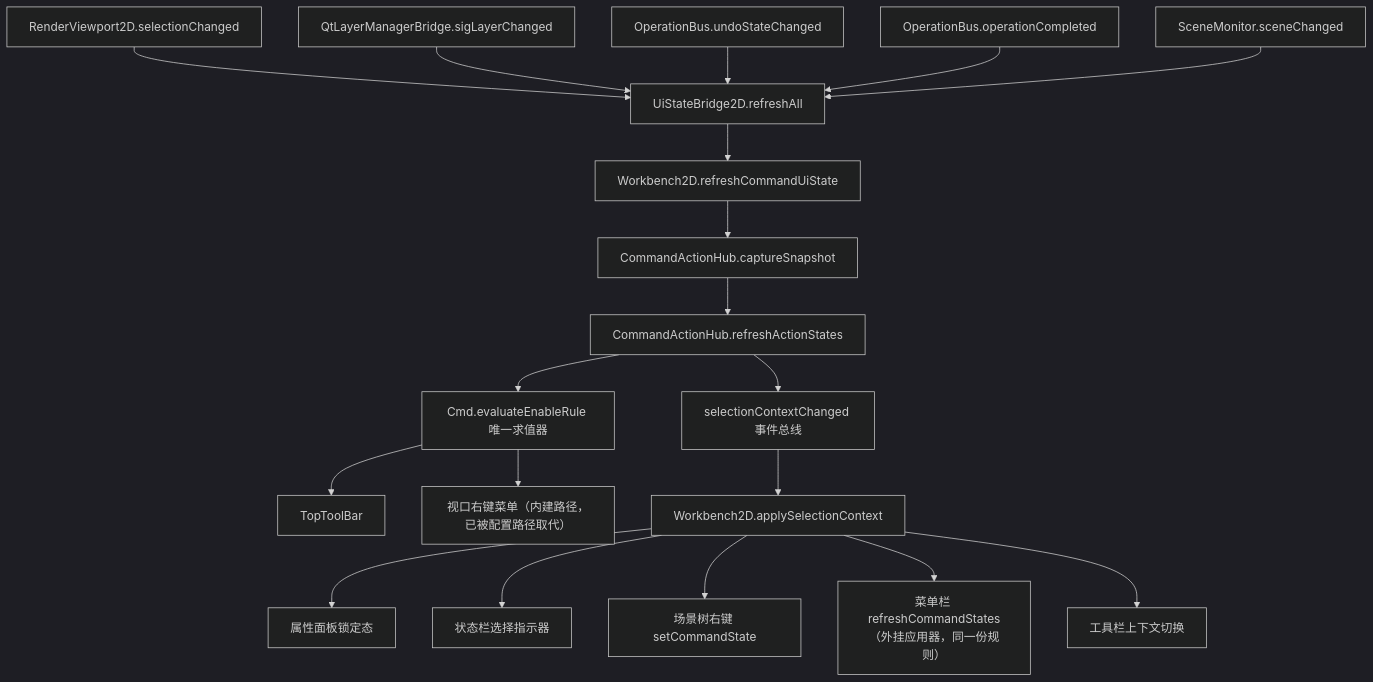
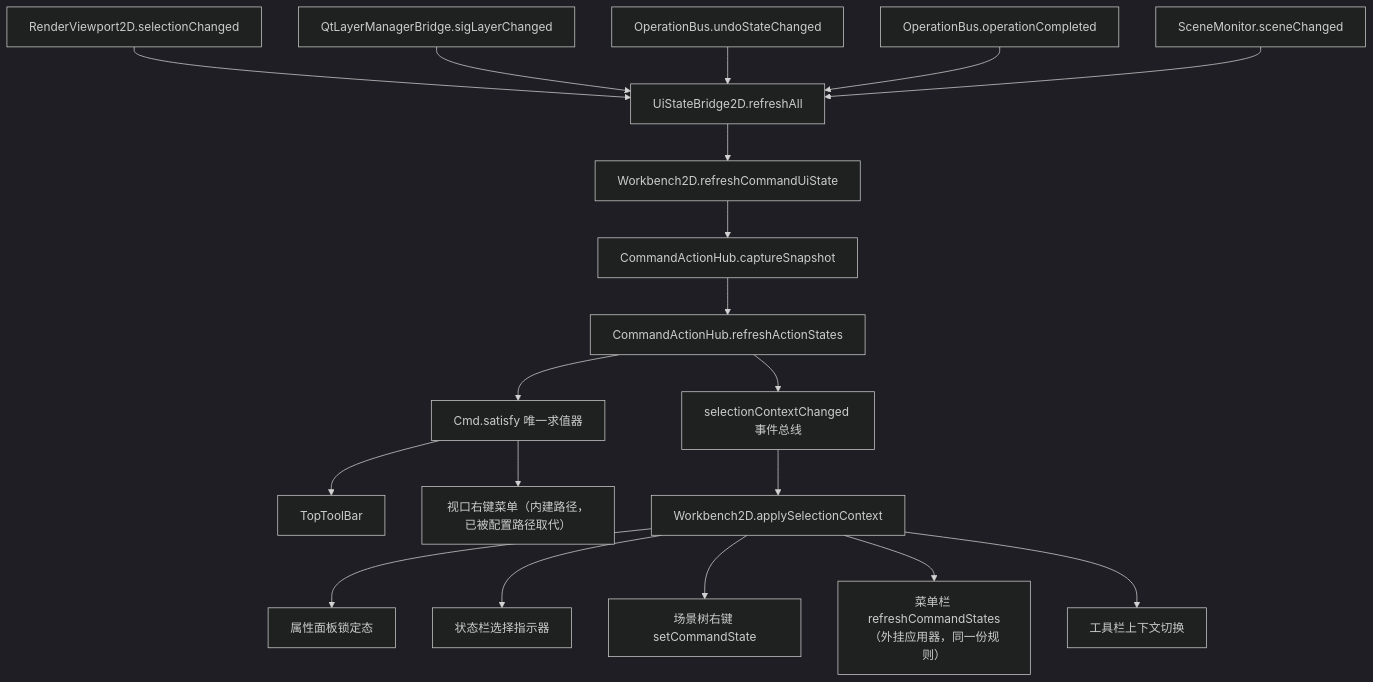
The diagram in Docs/01-当前架构/命令与状态流.md (yulinxx/CAD), drawn with Mermaid (dark theme) before and after one commit. The commit also changed other lines of this file and 9 other files, not shown here.

````diff
--- a/Docs/01-当前架构/命令与状态流.md
+++ b/Docs/01-当前架构/命令与状态流.md
@@ -455,25 +457,25 @@
 ```mermaid
 flowchart TD
     SEL[RenderViewport2D.selectionChanged] --> BR
     LAYER[QtLayerManagerBridge.sigLayerChanged] --> BR
     UNDO[OperationBus.undoStateChanged] --> BR
     OPDONE[OperationBus.operationCompleted] --> BR
     SCENE[SceneMonitor.sceneChanged] --> BR
     BR[UiStateBridge2D.refreshAll] --> RCS[Workbench2D.refreshCommandUiState]
     RCS --> CAP[CommandActionHub.captureSnapshot]
     CAP --> RAS[CommandActionHub.refreshActionStates]
-    RAS --> EVAL["Cmd.evaluateEnableRule 唯一求值器"]
+    RAS --> EVAL["Cmd.satisfy 唯一求值器"]
     EVAL --> TT[TopToolBar]
     EVAL --> CTX["视口右键菜单（内建路径，已被配置路径取代）"]
 
     RAS --> SIG[selectionContextChanged 事件总线]
     SIG --> ASC[Workbench2D.applySelectionContext]
     ASC --> PROPS[属性面板锁定态]
     ASC --> SB[状态栏选择指示器]
     ASC --> TREE["场景树右键 setCommandState"]
     ASC --> MENU["菜单栏 refreshCommandStates<br/>（外挂应用器，同一份规则）"]
 
 
     ASC --> TBC[工具栏上下文切换]
 
 ```
````
